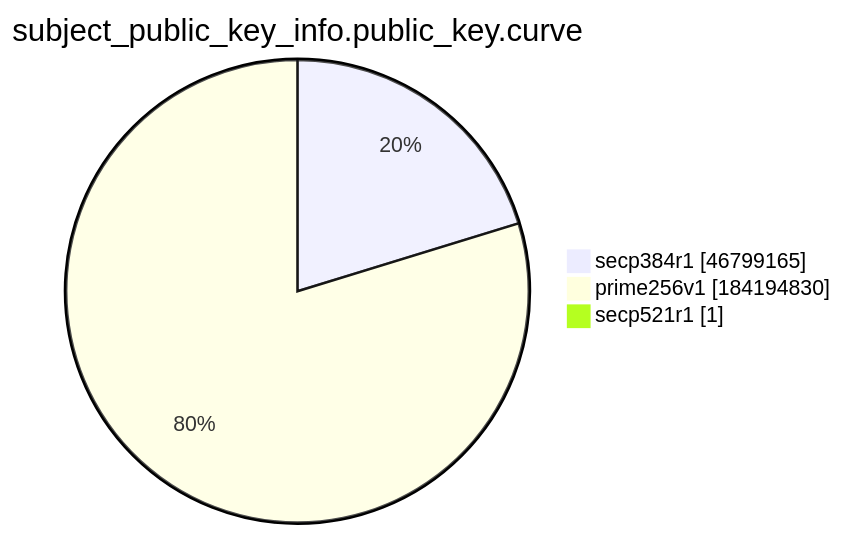
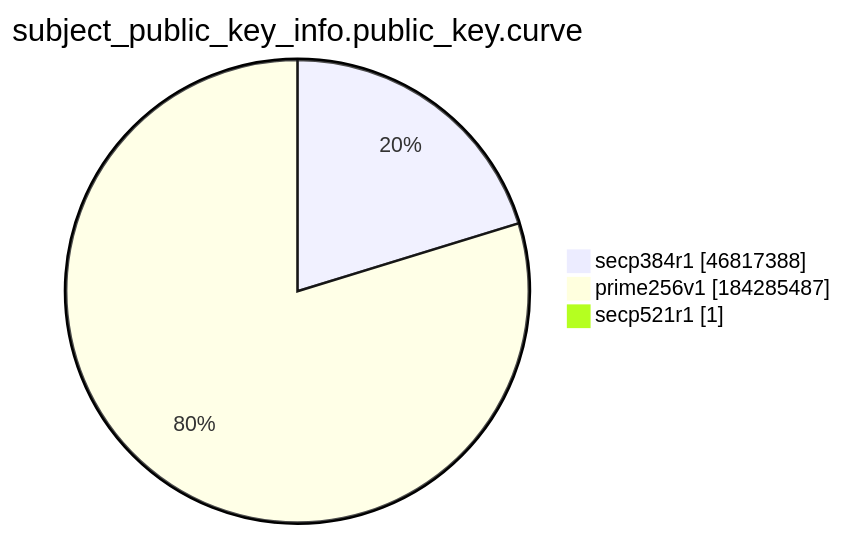
The ninth of 15 diagrams in xenon2022/README.md (christiankrug/ctmonitor_visualization), drawn with Mermaid before and after one commit. The commit also changed other lines of this file, not shown here.

````diff
--- a/xenon2022/README.md
+++ b/xenon2022/README.md
@@ -2874,7 +2874,7 @@
 ```mermaid
 pie showData
 title subject_public_key_info.public_key.curve
-"secp384r1" :46799165
-"prime256v1" :184194830
+"secp384r1" :46817388
+"prime256v1" :184285487
 "secp521r1" :1
 ```
````
